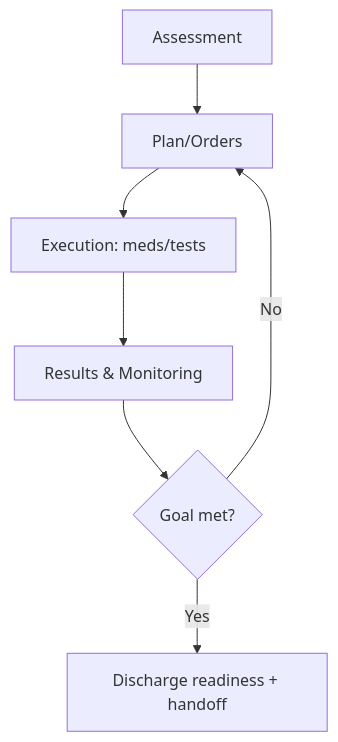
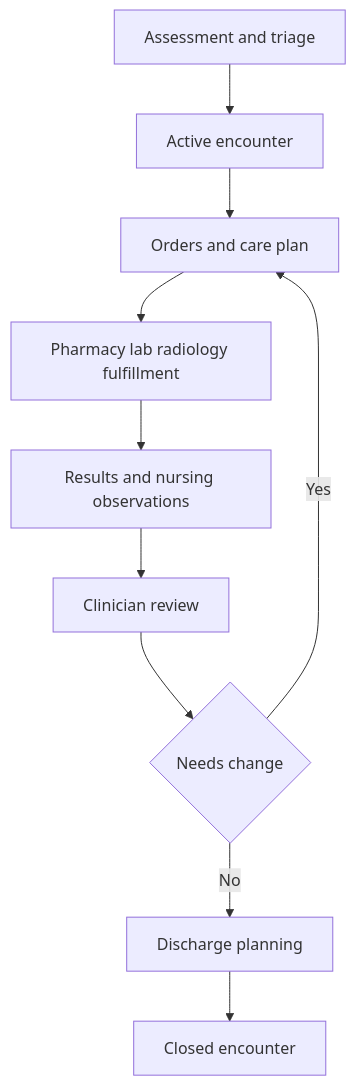
One commit to 0Ankit0/Project-Ideas changed the diagram in Hospital Information System/detailed-design/clinical-records-and-care-workflows.md. Above: the diagram before and after it, drawn with Mermaid. The commit also changed other lines of this file and 18 other files, not shown here.

````diff
--- a/Hospital Information System/detailed-design/clinical-records-and-care-workflows.md
+++ b/Hospital Information System/detailed-design/clinical-records-and-care-workflows.md
@@ -37,9 +24,12 @@
 ```mermaid
 flowchart TD
-    A[Assessment] --> B[Plan/Orders]
-    B --> C[Execution: meds/tests]
-    C --> D[Results & Monitoring]
-    D --> E{Goal met?}
-    E -- No --> B
-    E -- Yes --> F[Discharge readiness + handoff]
+    Assess[Assessment and triage] --> Encounter[Active encounter]
+    Encounter --> Orders[Orders and care plan]
+    Orders --> Fulfill[Pharmacy lab radiology fulfillment]
+    Fulfill --> Results[Results and nursing observations]
+    Results --> Review[Clinician review]
+    Review --> Decision{Needs change}
+    Decision -- Yes --> Orders
+    Decision -- No --> Discharge[Discharge planning]
+    Discharge --> Closed[Closed encounter]
 ```
````
